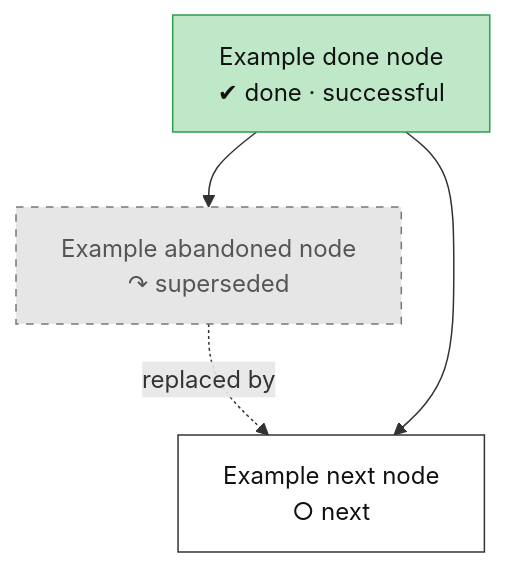
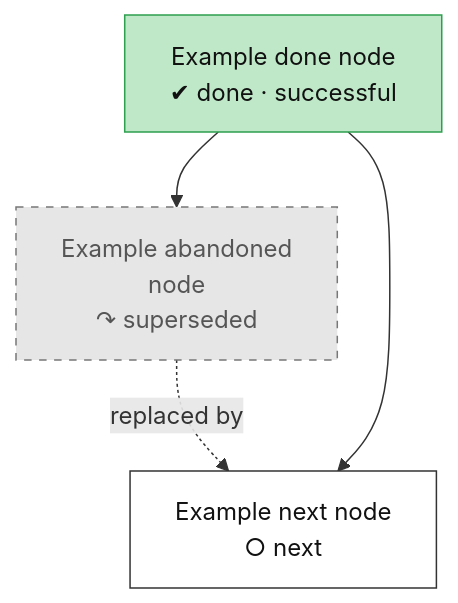
The fourth of 4 diagrams in docs/roadmap.md (lhns/raptorpath), drawn with Mermaid before and after one commit. The commit also changed other lines of this file and 2 other files, not shown here.

First line of the commit message:
roadmap: vertical layout for portrait pages

````diff
--- a/docs/roadmap.md
+++ b/docs/roadmap.md
@@ -191,24 +192,24 @@
 ```mermaid
 flowchart TB
     infra_example_done["Example done node<br/>✔ done · successful"]
-    infra_example_abandoned["Example abandoned node<br/>↷ superseded"]
+    infra_example_abandoned["Example abandoned<br/>node<br/>↷ superseded"]
     infra_example_next["Example next node<br/>○ next"]
     infra_example_done --> infra_example_abandoned
     infra_example_abandoned -.->|replaced by| infra_example_next
     infra_example_done --> infra_example_next
     classDef vsucc fill:#2e9e4f,stroke:#1b6b34,color:#fff
     classDef succ fill:#bfe8c8,stroke:#2e9e4f,color:#111
     classDef mixed fill:#ffd37a,stroke:#c98a00,color:#111
     classDef bad fill:#f28b82,stroke:#b3261e,color:#111
     classDef dead fill:#e6e6e6,stroke:#777,stroke-dasharray:5 5,color:#555
     classDef inprog fill:#a8cdf5,stroke:#1f6fc5,color:#111
     classDef next fill:#fff,stroke:#333,color:#111
     classDef blocked fill:#fff,stroke:#b3261e,stroke-dasharray:2 2,color:#111
     classDef parked fill:#f3f3f3,stroke:#999,color:#555
     classDef unrated fill:#fff,stroke:#333,stroke-dasharray:1 3,color:#111
     classDef userdec fill:#d9c2f0,stroke:#7b3fb5,color:#111
     classDef stub fill:#fff,stroke:#aaa,stroke-dasharray:2 2,color:#777,font-size:11px
     class infra_example_done succ
     class infra_example_abandoned dead
     class infra_example_next next
 ```
````
